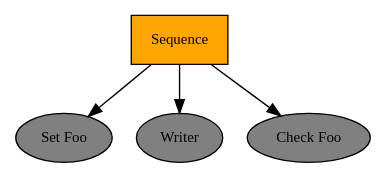
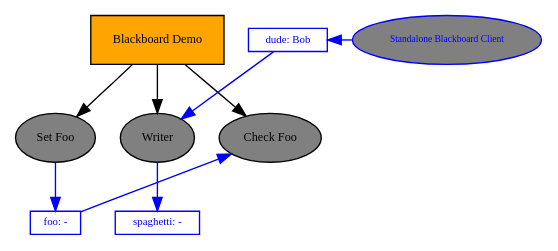
One commit to splintered-reality/py_trees changed the diagram in doc/dot/demo-blackboard.dot. Above: the diagram before and after it, drawn with Graphviz. The commit also changed 37 other files, not shown here.

```diff
--- a/doc/dot/demo-blackboard.dot
+++ b/doc/dot/demo-blackboard.dot
@@ -1,12 +1,29 @@
-digraph sequence {
+digraph pastafarianism {
 graph [fontname="times-roman"];
 node [fontname="times-roman"];
 edge [fontname="times-roman"];
-Sequence [fillcolor=orange, fontcolor=black, fontsize=11, shape=box, style=filled];
-"Set Foo" [fillcolor=gray, fontcolor=black, fontsize=11, shape=ellipse, style=filled];
-Sequence -> "Set Foo";
-Writer [fillcolor=gray, fontcolor=black, fontsize=11, shape=ellipse, style=filled];
-Sequence -> Writer;
-"Check Foo" [fillcolor=gray, fontcolor=black, fontsize=11, shape=ellipse, style=filled];
-Sequence -> "Check Foo";
+"Blackboard Demo" [label="Blackboard Demo", shape=box, style=filled, fillcolor=orange, fontsize=9, fontcolor=black];
+"Set Foo" [label="Set Foo", shape=ellipse, style=filled, fillcolor=gray, fontsize=9, fontcolor=black];
+"Blackboard Demo" -> "Set Foo";
+Writer [label=Writer, shape=ellipse, style=filled, fillcolor=gray, fontsize=9, fontcolor=black];
+"Blackboard Demo" -> Writer;
+"Check Foo" [label="Check Foo", shape=ellipse, style=filled, fillcolor=gray, fontsize=9, fontcolor=black];
+"Blackboard Demo" -> "Check Foo";
+subgraph  {
+label="children_of_Blackboard Demo";
+rank=same;
+"Set Foo" [label="Set Foo", shape=ellipse, style=filled, fillcolor=gray, fontsize=9, fontcolor=black];
+Writer [label=Writer, shape=ellipse, style=filled, fillcolor=gray, fontsize=9, fontcolor=black];
+"Check Foo" [label="Check Foo", shape=ellipse, style=filled, fillcolor=gray, fontsize=9, fontcolor=black];
 }
+
+"Standalone Blackboard Client" [label="Standalone Blackboard Client", shape=ellipse, style=filled, color=blue, fillcolor=gray, fontsize=7, fontcolor=blue];
+dude [label="dude: Bob", shape=box, style=filled, color=blue, fillcolor=white, fontsize=8, fontcolor=blue, width=0, height=0, fixedsize=False];
+dude -> Writer  [color=blue, constraint=False];
+"Standalone Blackboard Client" -> dude  [color=blue, constraint=False];
+foo [label="foo: -", shape=box, style=filled, color=blue, fillcolor=white, fontsize=8, fontcolor=blue, width=0, height=0, fixedsize=False];
+foo -> "Check Foo"  [color=blue, constraint=False];
+"Set Foo" -> foo  [color=blue, constraint=True];
+spaghetti [label="spaghetti: -", shape=box, style=filled, color=blue, fillcolor=white, fontsize=8, fontcolor=blue, width=0, height=0, fixedsize=False];
+Writer -> spaghetti  [color=blue, constraint=True];
+}
```
